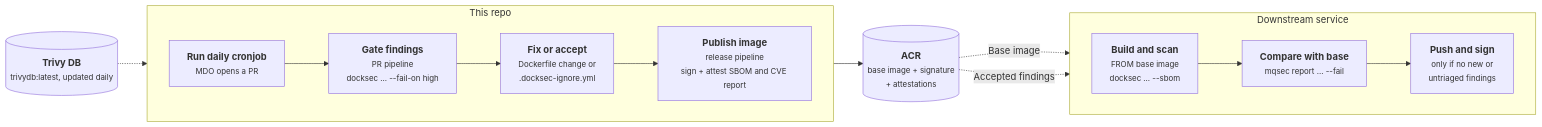
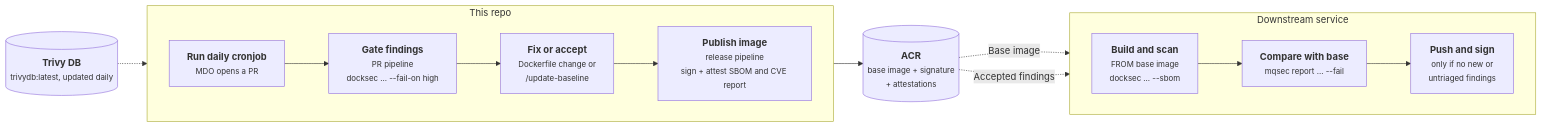
One commit to spring-financial-group/Dockerfiles changed the first of 5 diagrams in README.md. Above: the diagram before and after it, drawn with Mermaid. The commit also changed other lines of this file and 6 other files, not shown here.

````diff
--- a/README.md
+++ b/README.md
@@ -33,22 +29,22 @@
 ```mermaid
 flowchart LR
     DB[("<b>Trivy DB</b><br/><small>trivydb:latest, updated daily</small>")] -.-> PR
 
     subgraph REPO["This repo"]
         direction LR
         CRON["<b>Run daily cronjob</b><br/><small>MDO opens a PR</small>"] --> PR["<b>Gate findings</b><br/><small>PR pipeline<br/>docksec ... --fail-on high</small>"]
-        PR --> TRIAGE["<b>Fix or accept</b><br/><small>Dockerfile change or<br/>.docksec-ignore.yml</small>"]
+        PR --> TRIAGE["<b>Fix or accept</b><br/><small>Dockerfile change or<br/>/update-baseline</small>"]
         TRIAGE --> REL["<b>Publish image</b><br/><small>release pipeline<br/>sign + attest SBOM and CVE report</small>"]
     end
 
     REL --> ACR[("<b>ACR</b><br/><small>base image + signature<br/>+ attestations</small>")]
 
     subgraph SVC["Downstream service"]
         direction LR
         BUILD["<b>Build and scan</b><br/><small>FROM base image<br/>docksec ... --sbom</small>"] --> MQSEC["<b>Compare with base</b><br/><small>mqsec report ... --fail</small>"]
         MQSEC --> SHIP["<b>Push and sign</b><br/><small>only if no new or<br/>untriaged findings</small>"]
     end
 
     ACR -.->|Base image| BUILD
     ACR -.->|Accepted findings| MQSEC
 ```
````
